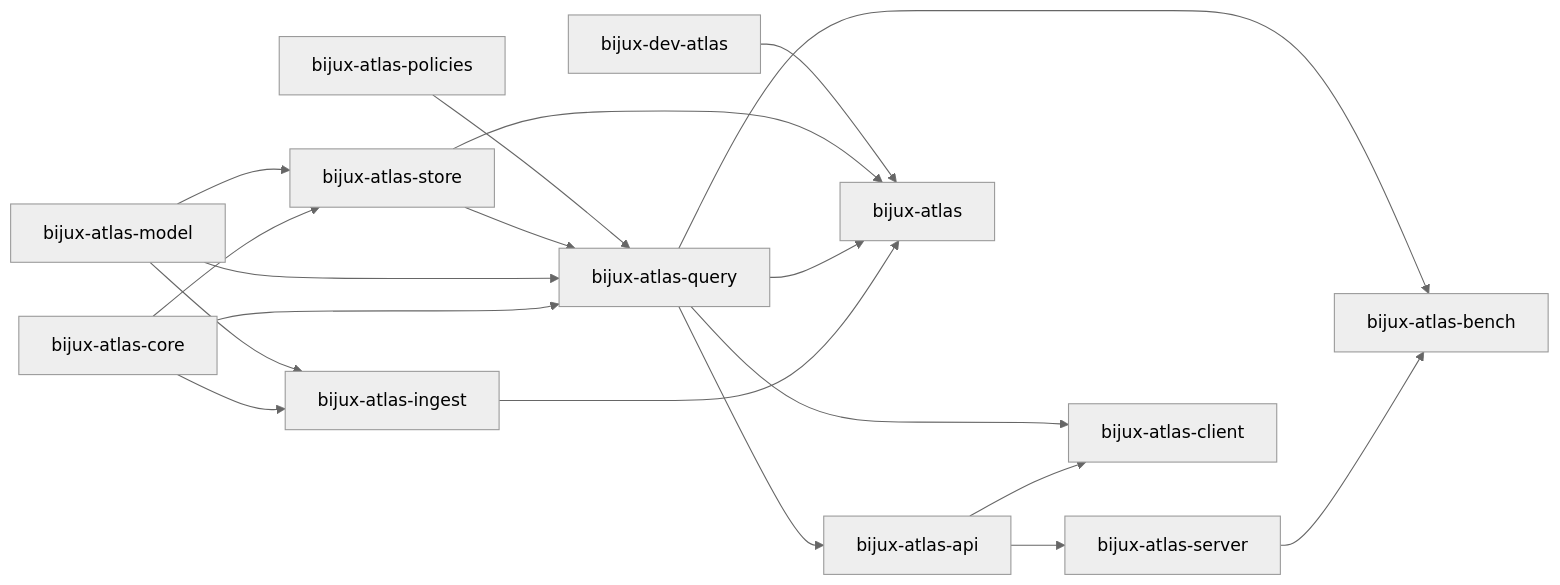
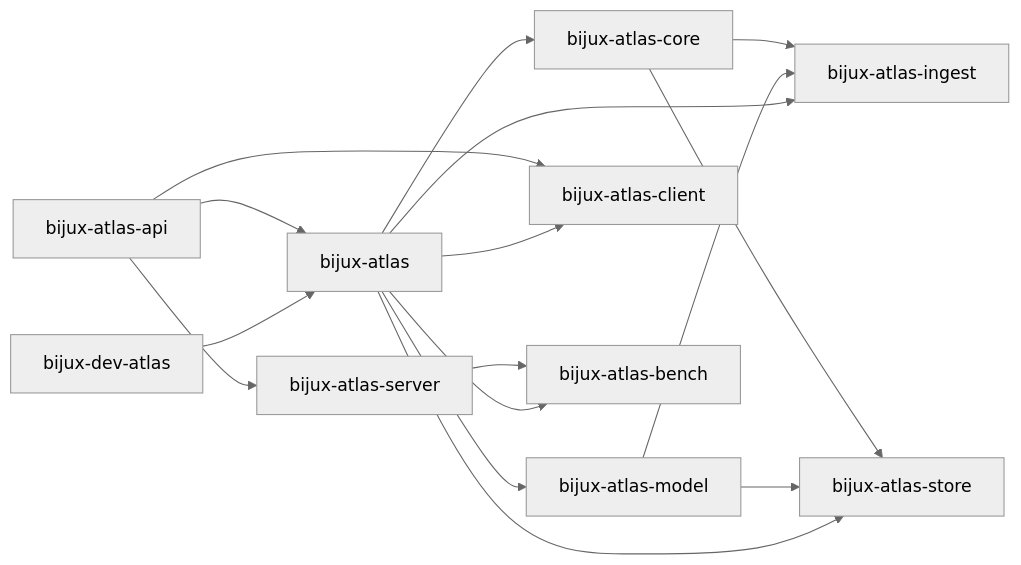
The diagram in docs/architecture/crates-map.md (bijux/bijux-atlas), drawn with Mermaid (neutral theme) before and after one commit. The commit also changed other lines of this file and 132 other files, not shown here.

````diff
--- a/docs/architecture/crates-map.md
+++ b/docs/architecture/crates-map.md
@@ -12,21 +12,18 @@
 ```mermaid
 flowchart LR
   core[bijux-atlas-core] --> ingest[bijux-atlas-ingest]
   model[bijux-atlas-model] --> ingest
   core --> store[bijux-atlas-store]
   model --> store
-  core --> query[bijux-atlas-query]
-  model --> query
-  store --> query
-  policies[bijux-atlas-policies] --> query
-  query --> api[bijux-atlas-api]
+  cli[bijux-atlas] --> core[bijux-atlas-core]
+  cli --> model[bijux-atlas-model]
+  cli --> store[bijux-atlas-store]
+  cli --> ingest[bijux-atlas-ingest]
+  api[bijux-atlas-api] --> cli
   api --> server[bijux-atlas-server]
   api --> client[bijux-atlas-client]
-  query --> client
-  ingest --> cli[bijux-atlas]
-  query --> cli
-  store --> cli
+  cli --> client
   server --> bench[bijux-atlas-bench]
-  query --> bench
+  cli --> bench
   dev[bijux-dev-atlas] --> cli
 ```
````
